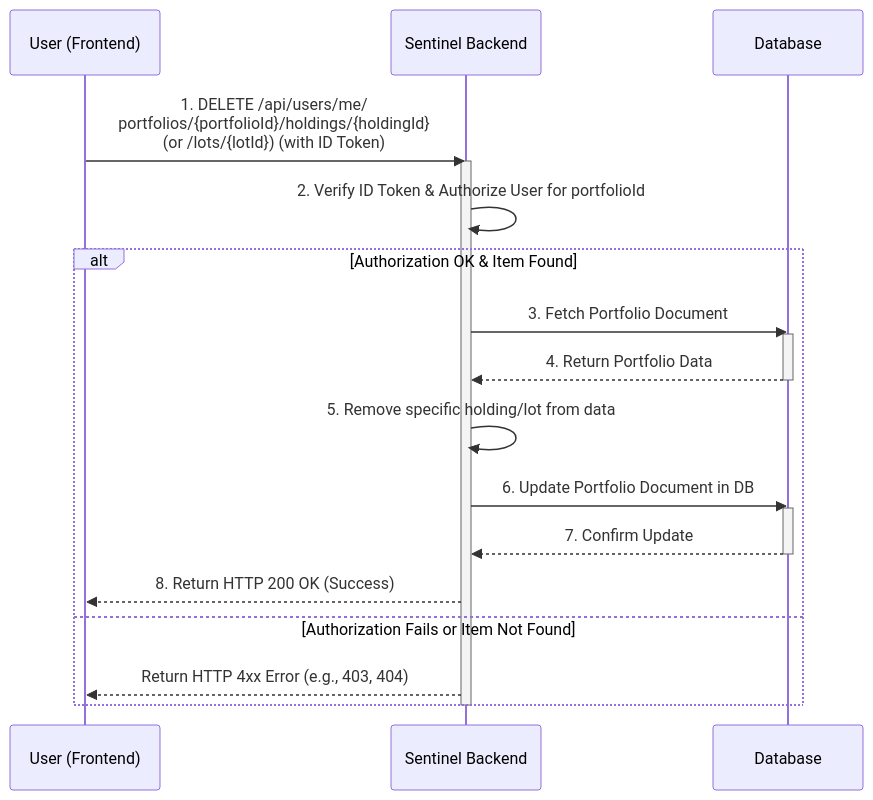
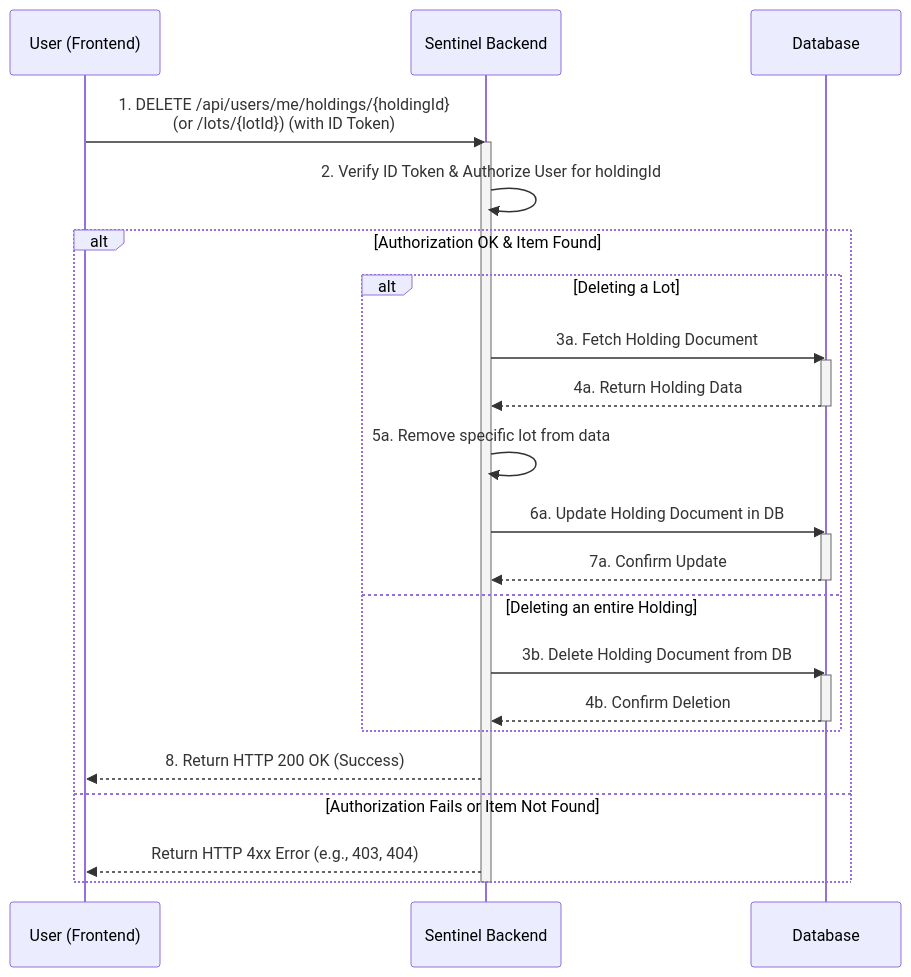
One commit to enzhao/Sentinel changed the ninth of 17 diagrams in product_spec.md. Above: the diagram before and after it, drawn with Mermaid. The commit also changed other lines of this file, not shown here.

First line of the commit message:
docs(spec): refactor holding as top-level entity

````diff
--- a/product_spec.md
+++ b/product_spec.md
@@ -667,29 +712,34 @@
 ```mermaid
 sequenceDiagram
     participant User as User (Frontend)
     participant Sentinel as Sentinel Backend
     participant DB as Database
 
-    User->>Sentinel: 1. DELETE /api/users/me/<br>portfolios/{portfolioId}/holdings/{holdingId}<br> (or /lots/{lotId}) (with ID Token)
+    User->>Sentinel: 1. DELETE /api/users/me/holdings/{holdingId}<br> (or /lots/{lotId}) (with ID Token)
     activate Sentinel
-    Sentinel->>Sentinel: 2. Verify ID Token & Authorize User for portfolioId
+    Sentinel->>Sentinel: 2. Verify ID Token & Authorize User for holdingId
     
     alt Authorization OK & Item Found
-        Sentinel->>DB: 3. Fetch Portfolio Document
-        activate DB
-        DB-->>Sentinel: 4. Return Portfolio Data
-        deactivate DB
-        
-        Sentinel->>Sentinel: 5. Remove specific holding/lot from data
-        
-        Sentinel->>DB: 6. Update Portfolio Document in DB
-        activate DB
-        DB-->>Sentinel: 7. Confirm Update
-        deactivate DB
+        alt Deleting a Lot
+            Sentinel->>DB: 3a. Fetch Holding Document
+            activate DB
+            DB-->>Sentinel: 4a. Return Holding Data
+            deactivate DB
+            Sentinel->>Sentinel: 5a. Remove specific lot from data
+            Sentinel->>DB: 6a. Update Holding Document in DB
+            activate DB
+            DB-->>Sentinel: 7a. Confirm Update
+            deactivate DB
+        else Deleting an entire Holding
+            Sentinel->>DB: 3b. Delete Holding Document from DB
+            activate DB
+            DB-->>Sentinel: 4b. Confirm Deletion
+            deactivate DB
+        end
         
         Sentinel-->>User: 8. Return HTTP 200 OK (Success)
     else Authorization Fails or Item Not Found
         Sentinel-->>User: Return HTTP 4xx Error (e.g., 403, 404)
     end
     deactivate Sentinel
 ```
````
